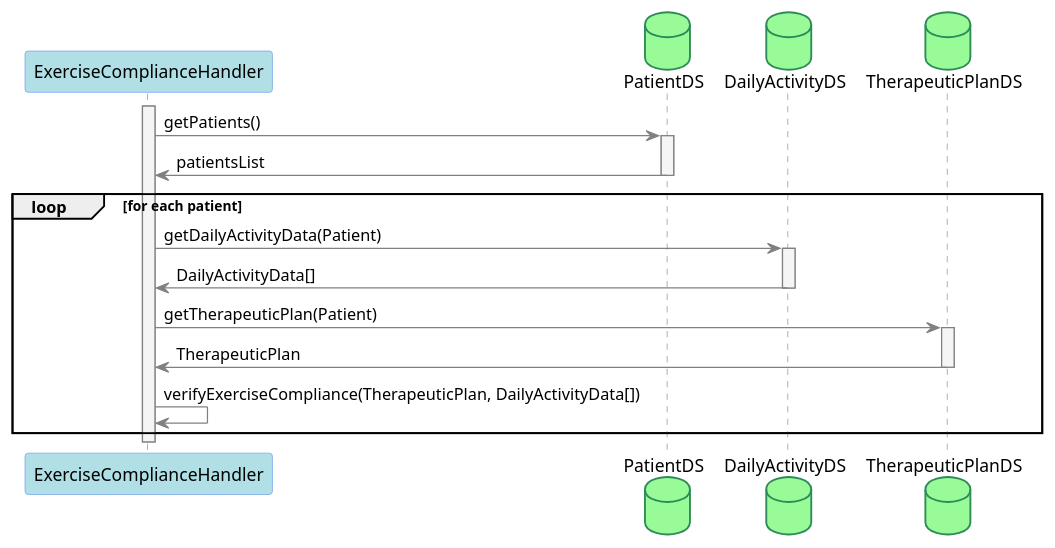
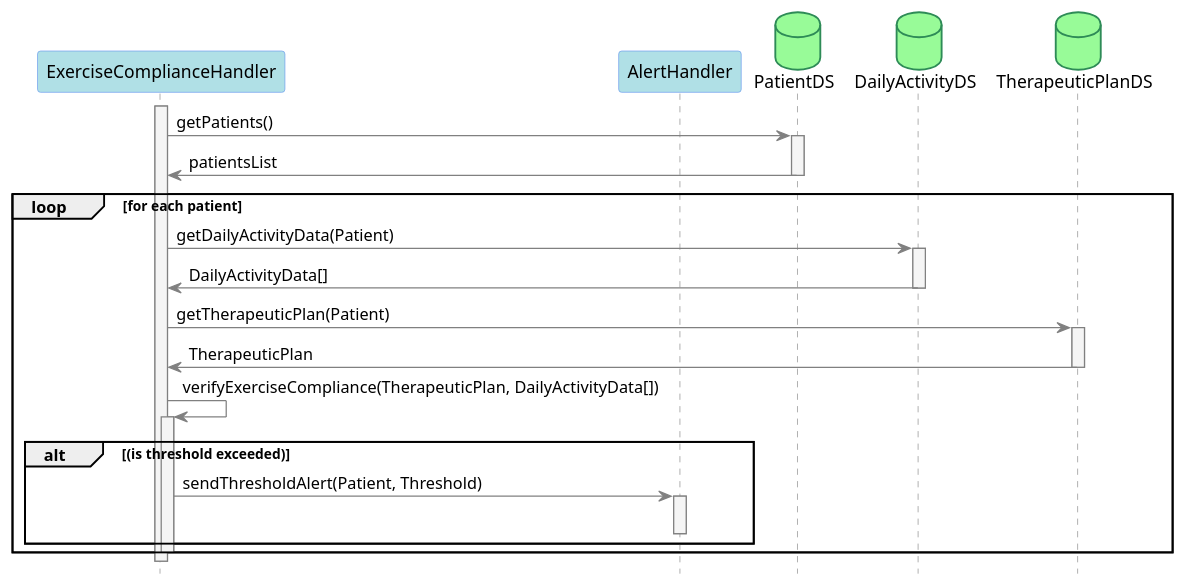
Before and after one commit to koalas11/Software-Architecture-Project: the diagram in diagrams/sequence-diagrams/verify_exercise_compliance_handler.wsd, drawn with PlantUML. The commit also changed 8 other files, not shown here.

```diff
--- a/diagrams/sequence-diagrams/verify_exercise_compliance_handler.wsd
+++ b/diagrams/sequence-diagrams/verify_exercise_compliance_handler.wsd
@@ -1,37 +1,46 @@
 @startuml verify_exercise_compliance
 
 skinparam sequence {
   ArrowColor Gray
   LifeLineBorderColor Gray
   LifeLineBackgroundColor WhiteSmoke
 
   ActorBorderColor Tomato
   ActorBackgroundColor LightSalmon
 
   ParticipantBackgroundColor PowderBlue
   ParticipantBorderColor CornflowerBlue
 }
 skinparam DatabaseBorderColor SeaGreen
 skinparam DatabaseBackgroundColor PaleGreen
 
+hide footbox
+
 participant ExerciseComplianceHandler as ECH
+participant AlertHandler as AH
 database PatientDS
 database DailyActivityDS
 database TherapeuticPlanDS
 
 activate ECH
 ECH -> PatientDS ++ : getPatients()
 ECH <- PatientDS -- : patientsList
 
 loop for each patient
   ECH -> DailyActivityDS ++ : getDailyActivityData(Patient)
   ECH <- DailyActivityDS -- : DailyActivityData[]
   ECH -> TherapeuticPlanDS ++ : getTherapeuticPlan(Patient)
   ECH <- TherapeuticPlanDS -- : TherapeuticPlan
 
   ECH -> ECH : verifyExerciseCompliance(TherapeuticPlan, DailyActivityData[])
+  activate ECH
+  alt (is threshold exceeded)
+    ECH -> AH ++ : sendThresholdAlert(Patient, Threshold)
+    deactivate AH
+  end
+  deactivate ECH
 end
 
 deactivate ECH
 
 @enduml
```
